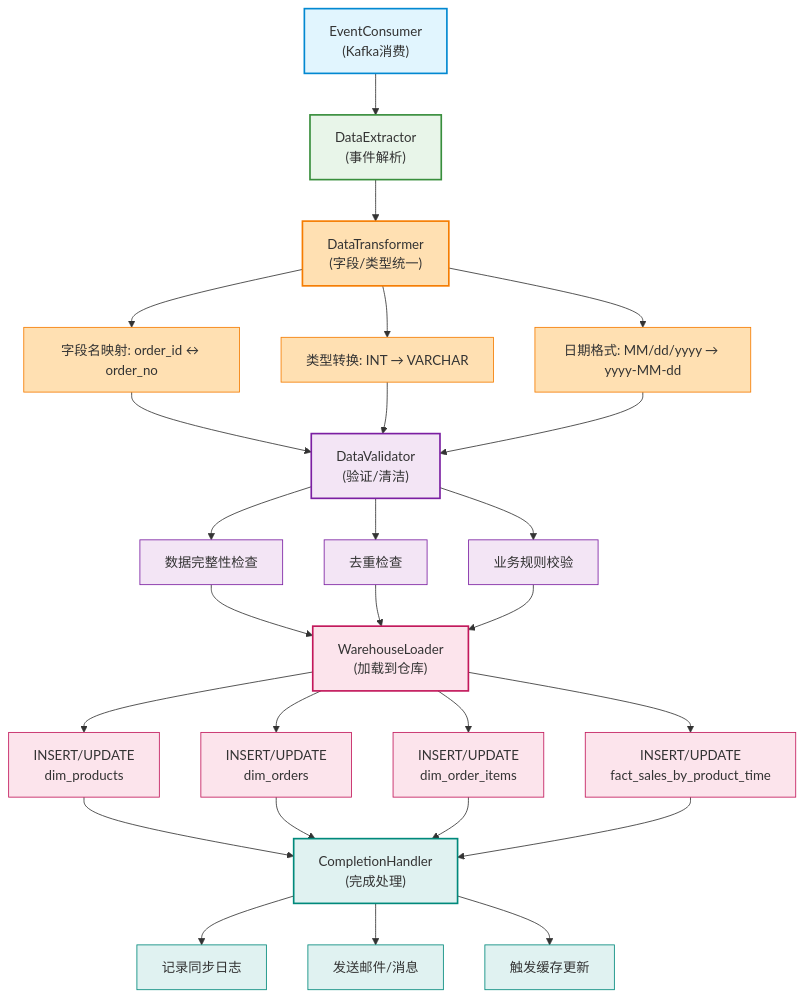
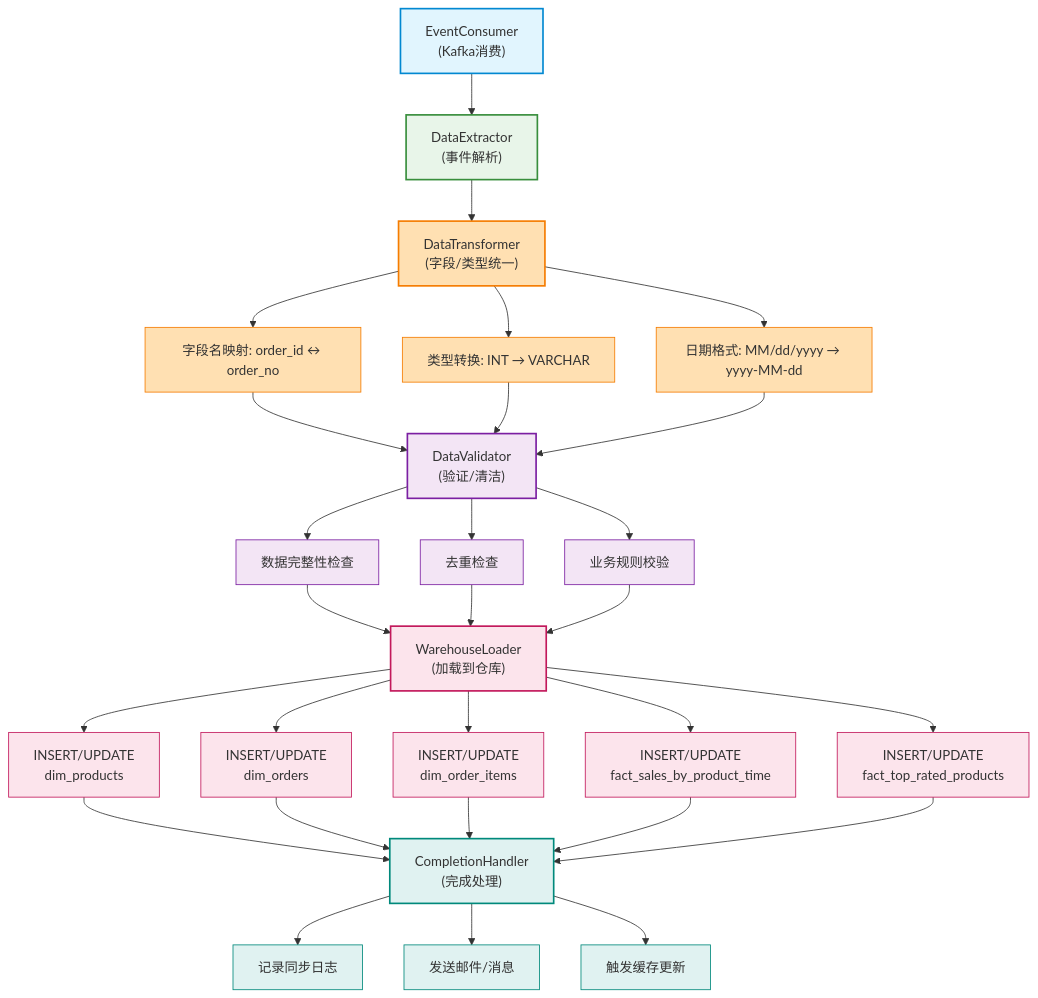
Before and after one commit to jianglei919/ecommerce_data_warehouse: the fifth of 8 diagrams in TECH_SOLUTION.md, drawn with Mermaid. The commit also changed other lines of this file and 3 other files, not shown here.

Commit message:
feat: Add fact_top_rated_products table and update related documentation

````diff
--- a/TECH_SOLUTION.md
+++ b/TECH_SOLUTION.md
@@ -215,68 +217,72 @@
 ```mermaid
 graph TD
     consumer["EventConsumer<br/>(Kafka消费)"]
     extract["DataExtractor<br/>(事件解析)"]
     transform["DataTransformer<br/>(字段/类型统一)"]
     t1["字段名映射: order_id ↔ order_no"]
     t2["类型转换: INT → VARCHAR"]
     t3["日期格式: MM/dd/yyyy → yyyy-MM-dd"]
     validate["DataValidator<br/>(验证/清洁)"]
     v1["数据完整性检查"]
     v2["去重检查"]
     v3["业务规则校验"]
     load["WarehouseLoader<br/>(加载到仓库)"]
     l1["INSERT/UPDATE<br/>dim_products"]
     l2["INSERT/UPDATE<br/>dim_orders"]
     l3["INSERT/UPDATE<br/>dim_order_items"]
     l4["INSERT/UPDATE<br/>fact_sales_by_product_time"]
+    l5["INSERT/UPDATE<br/>fact_top_rated_products"]
     handler["CompletionHandler<br/>(完成处理)"]
     h1["记录同步日志"]
     h2["发送邮件/消息"]
     h3["触发缓存更新"]
 
     consumer --> extract
     extract --> transform
     transform --> t1
     transform --> t2
     transform --> t3
     t1 --> validate
     t2 --> validate
     t3 --> validate
     validate --> v1
     validate --> v2
     validate --> v3
     v1 --> load
     v2 --> load
     v3 --> load
     load --> l1
     load --> l2
     load --> l3
     load --> l4
+    load --> l5
     l1 --> handler
     l2 --> handler
     l3 --> handler
     l4 --> handler
+    l5 --> handler
     handler --> h1
     handler --> h2
     handler --> h3
 
     style consumer fill:#e1f5fe,stroke:#0288d1,stroke-width:2px
     style extract fill:#e8f5e9,stroke:#388e3c,stroke-width:2px
     style transform fill:#ffe0b2,stroke:#f57c00,stroke-width:2px
     style t1 fill:#ffe0b2,stroke:#f57c00,stroke-width:1px
     style t2 fill:#ffe0b2,stroke:#f57c00,stroke-width:1px
     style t3 fill:#ffe0b2,stroke:#f57c00,stroke-width:1px
     style validate fill:#f3e5f5,stroke:#7b1fa2,stroke-width:2px
     style v1 fill:#f3e5f5,stroke:#7b1fa2,stroke-width:1px
     style v2 fill:#f3e5f5,stroke:#7b1fa2,stroke-width:1px
     style v3 fill:#f3e5f5,stroke:#7b1fa2,stroke-width:1px
     style load fill:#fce4ec,stroke:#c2185b,stroke-width:2px
     style l1 fill:#fce4ec,stroke:#c2185b,stroke-width:1px
     style l2 fill:#fce4ec,stroke:#c2185b,stroke-width:1px
     style l3 fill:#fce4ec,stroke:#c2185b,stroke-width:1px
     style l4 fill:#fce4ec,stroke:#c2185b,stroke-width:1px
+    style l5 fill:#fce4ec,stroke:#c2185b,stroke-width:1px
     style handler fill:#e0f2f1,stroke:#00897b,stroke-width:2px
     style h1 fill:#e0f2f1,stroke:#00897b,stroke-width:1px
     style h2 fill:#e0f2f1,stroke:#00897b,stroke-width:1px
     style h3 fill:#e0f2f1,stroke:#00897b,stroke-width:1px
 ```
````
